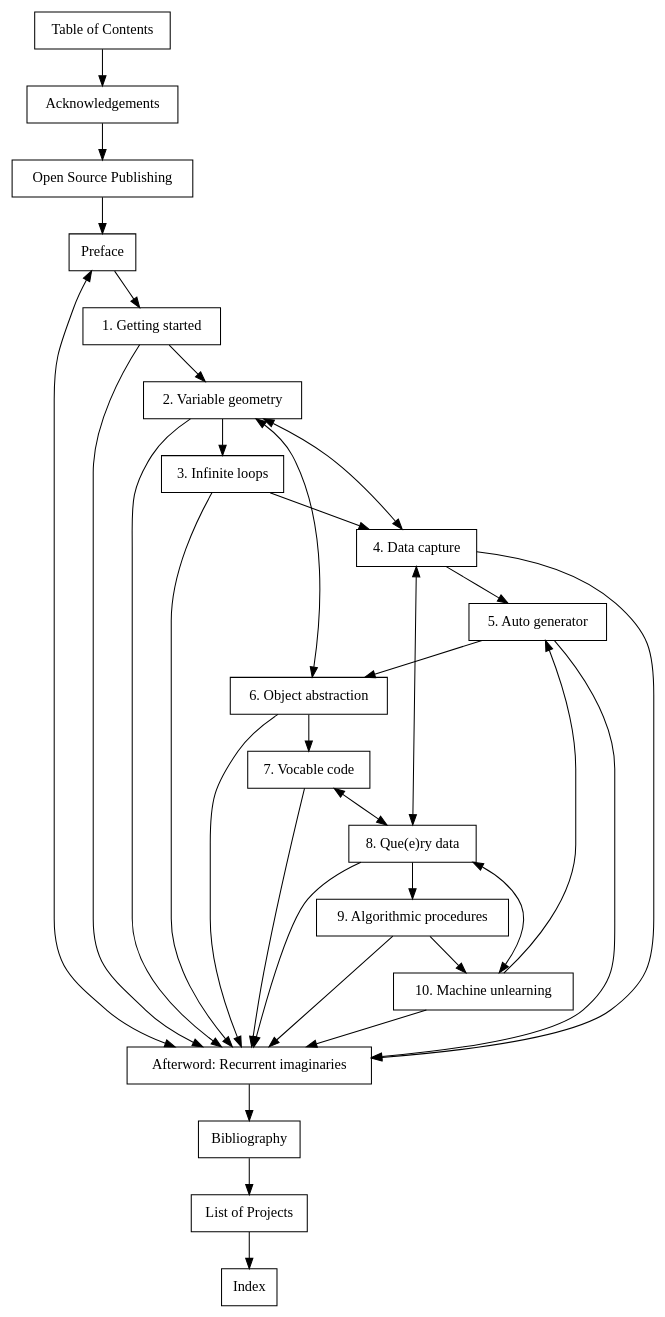
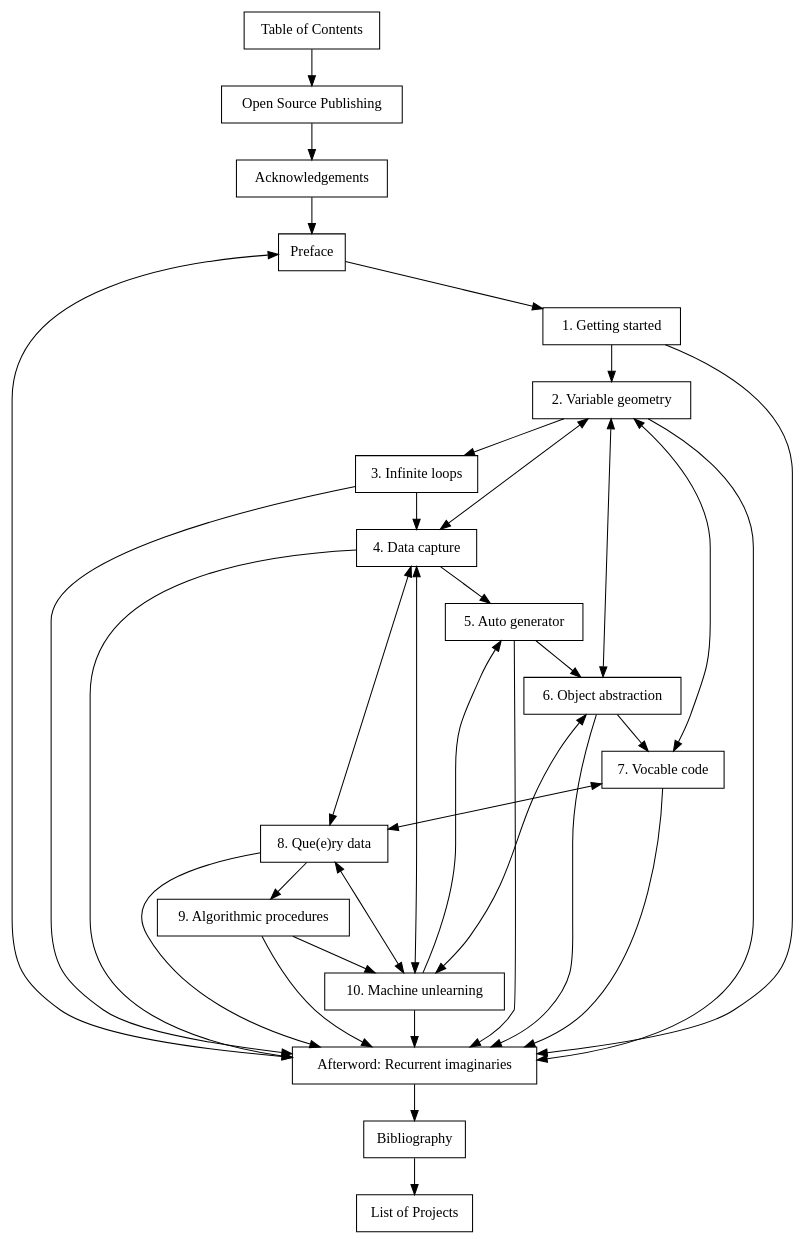
The diagram in graphviz/TOC.dot (danbz/aesthetic-programming), drawn with Graphviz before and after one commit. The commit also changed 1 other file, not shown here.

Commit message:
update graph_viz TOC

```diff
--- a/graphviz/TOC.dot
+++ b/graphviz/TOC.dot
@@ -1,34 +1,37 @@
 digraph toc {
 
 node[fontname="Hershey-Noailles-help-me", shape=rectangle]
 
 
 TOC [label="Table of Contents"]
+OSP [label="Open Source Publishing"]
 Ack [label="Acknowledgements"]
-OSP [label="Open Source Publishing"]
 0 [label="Preface"]
 1 [label="1. Getting started"]
 2 [label="2. Variable geometry"]
 3 [label="3. Infinite loops"]
 4 [label="4. Data capture"]
 5 [label="5. Auto generator"]
 6 [label="6. Object abstraction"]
 7 [label="7. Vocable code"]
 8 [label="8. Que(e)ry data"]
 9 [label="9. Algorithmic procedures"]
 10 [label="10. Machine unlearning"]
 11 [label="Afterword: Recurrent imaginaries"]
 Bi [label="Bibliography"]
 Project [label="List of Projects"]
-Ind [label="Index"]
+
 
 //graph
-TOC -> Ack -> OSP -> 0 -> 1 -> 2 -> 3 -> 4 -> 5 -> 6 -> 7;
+TOC -> OSP -> Ack -> 0 -> 1 -> 2 -> 3 -> 4 -> 5 -> 6 -> 7;
 7 -> 8 [dir=both];
-8 -> 9 -> 10 -> 11 -> Bi -> Project -> Ind;
+7 -> 2 [dir=both];
+8 -> 9 -> 10 -> 11 -> Bi -> Project;
 0 -> 11 [dir=both];
 2 -> 6 [dir=both];
 1,2,3,4,5,6,7,8,9 -> 11;
 10 -> 5;
+4 -> 10 [dir=both];
+6 -> 10 [dir=both];
 2 -> 4 -> 8 -> 10[dir=both];
 }
```
